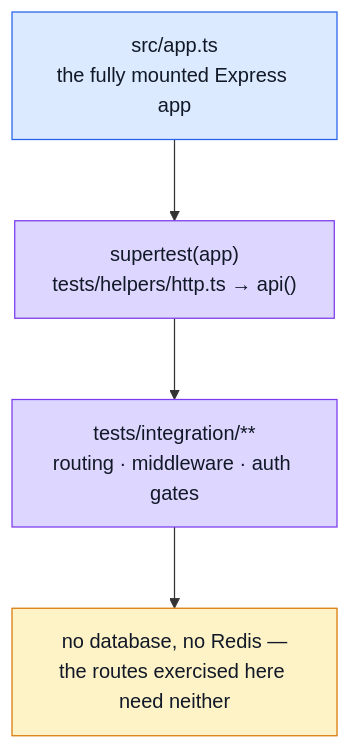
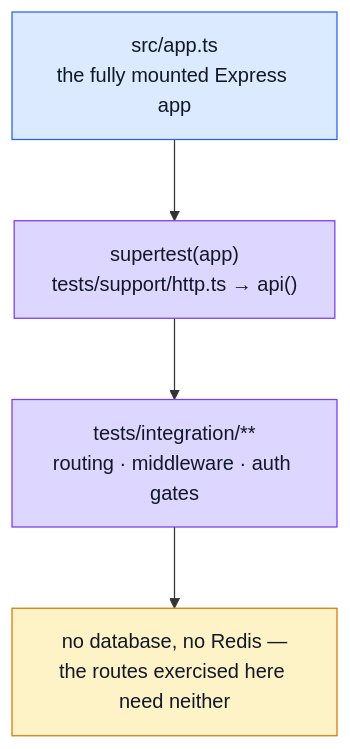
Before and after one commit to Guebbit/boilerplate-node-backend: the diagram in docs/tools/integration-testing.md, drawn with Mermaid. The commit also changed other lines of this file and 684 other files, not shown here.

First line of the commit message:
feat!: 2.0.0 — modular architecture, fragmented contracts, domain layer

````diff
--- a/docs/tools/integration-testing.md
+++ b/docs/tools/integration-testing.md
@@ -14,14 +14,14 @@
 ```mermaid
 %%{init: {'flowchart': {'nodeSpacing': 50, 'rankSpacing': 65}}}%%
 flowchart TB
-    App["src/app.ts\nthe fully mounted Express app"] --> Supertest["supertest(app)\ntests/helpers/http.ts → api()"]
+    App["src/app.ts\nthe fully mounted Express app"] --> Supertest["supertest(app)\ntests/support/http.ts → api()"]
     Supertest --> Integration["tests/integration/**\nrouting · middleware · auth gates"]
     Integration --> NoDB["no database, no Redis —\nthe routes exercised here need neither"]
 
     classDef app fill:#dbeafe,stroke:#2563eb,color:#111827;
     classDef test fill:#ddd6fe,stroke:#7c3aed,color:#111827;
     classDef note fill:#fef3c7,stroke:#d97706,color:#111827;
     class App app;
     class Supertest,Integration test;
     class NoDB note;
 ```
````
